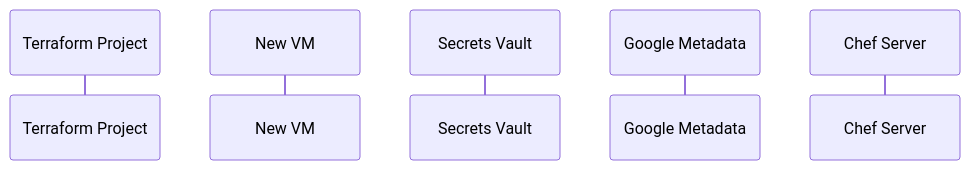
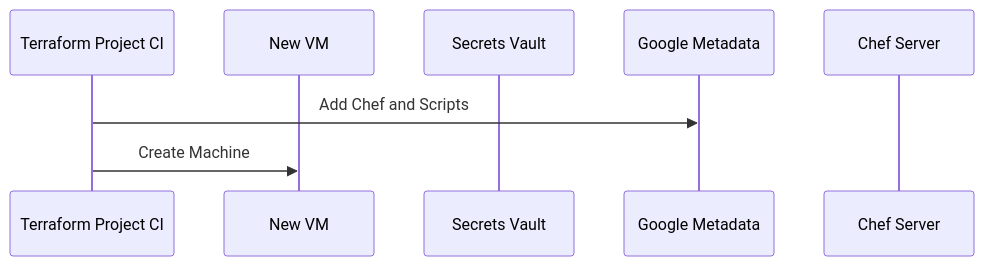
The diagram in howto/chef-process-overview.md (mattrussi/gitlab-com-runbooks), drawn with Mermaid before and after one commit.

Commit message:
More charts

````diff
--- a/howto/chef-process-overview.md
+++ b/howto/chef-process-overview.md
@@ -18,8 +18,11 @@
 ```mermaid
 sequenceDiagram
-  participant TF as Terraform Project
+  participant TF as Terraform Project CI
   participant VM as New VM
   participant GKMS as Secrets Vault
   participant GM as Google Metadata
   participant CS as Chef Server
+
+  TF->>GM: Add Chef and Scripts
+  TF->>VM: Create Machine
 ```
````
